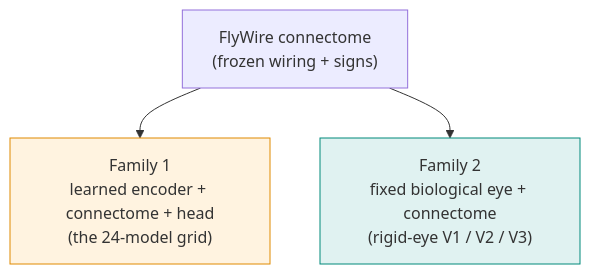
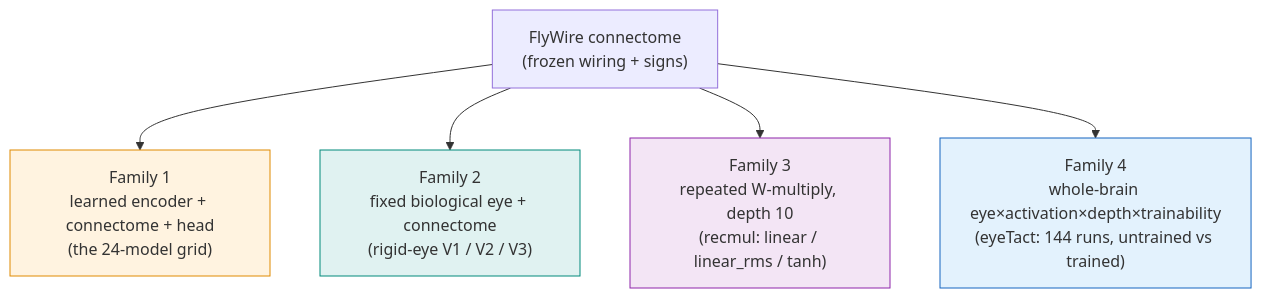
The second of 3 diagrams in 3 - Modeling/README.md (Mabdel-03/Drosophila-Connectomics---Deep-Learning), drawn with Mermaid before and after one commit. The commit also changed other lines of this file and 949 other files, not shown here.

````diff
--- a/3 - Modeling/README.md
+++ b/3 - Modeling/README.md
@@ -55,9 +55,15 @@
 ```mermaid
 flowchart TD
     DATA["FlyWire connectome<br/>(frozen wiring + signs)"] --> F1
     DATA --> F2
+    DATA --> F3
+    DATA --> F4
     F1["Family 1<br/>learned encoder + connectome + head<br/>(the 24-model grid)"]
     F2["Family 2<br/>fixed biological eye + connectome<br/>(rigid-eye V1 / V2 / V3)"]
+    F3["Family 3<br/>repeated W-multiply, depth 10<br/>(recmul: linear / linear_rms / tanh)"]
+    F4["Family 4<br/>whole-brain eye×activation×depth×trainability<br/>(eyeTact: 144 runs, untrained vs trained)"]
     style F1 fill:#fff3e0,stroke:#e08a00
     style F2 fill:#e0f2f1,stroke:#00897b
+    style F3 fill:#f3e5f5,stroke:#8e24aa
+    style F4 fill:#e3f2fd,stroke:#1565c0
 ```
````
